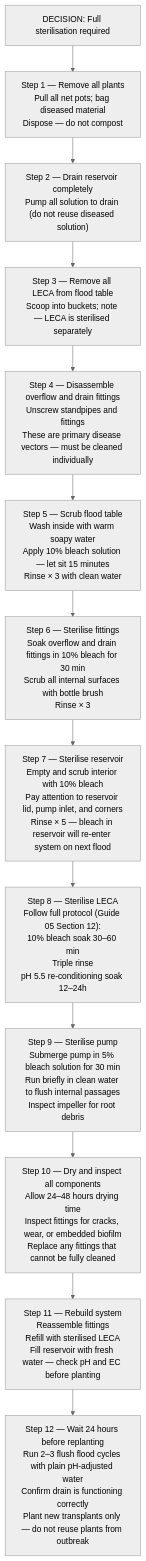
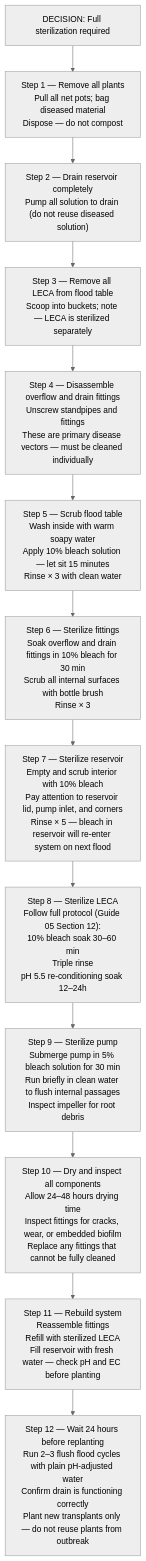
One commit to UncleJS/guide_hydroponics changed the second of 2 diagrams in guide/ebb-and-flow/07-pests-and-disease.md. Above: the diagram before and after it, drawn with Mermaid (neutral theme). The commit also changed other lines of this file and 35 other files, not shown here.

````diff
--- a/guide/ebb-and-flow/07-pests-and-disease.md
+++ b/guide/ebb-and-flow/07-pests-and-disease.md
@@ -808,18 +814,18 @@
 ```mermaid
 flowchart TD
-    A["DECISION: Full sterilisation required"]
+    A["DECISION: Full sterilization required"]
     B["Step 1 — Remove all plants<br/>Pull all net pots; bag diseased material<br/>Dispose — do not compost"]
     C["Step 2 — Drain reservoir completely<br/>Pump all solution to drain (do not reuse diseased solution)"]
-    D["Step 3 — Remove all LECA from flood table<br/>Scoop into buckets; note — LECA is sterilised separately"]
+    D["Step 3 — Remove all LECA from flood table<br/>Scoop into buckets; note — LECA is sterilized separately"]
     E["Step 4 — Disassemble overflow and drain fittings<br/>Unscrew standpipes and fittings<br/>These are primary disease vectors — must be cleaned individually"]
     F["Step 5 — Scrub flood table<br/>Wash inside with warm soapy water<br/>Apply 10% bleach solution — let sit 15 minutes<br/>Rinse × 3 with clean water"]
-    G["Step 6 — Sterilise fittings<br/>Soak overflow and drain fittings in 10% bleach for 30 min<br/>Scrub all internal surfaces with bottle brush<br/>Rinse × 3"]
-    H["Step 7 — Sterilise reservoir<br/>Empty and scrub interior with 10% bleach<br/>Pay attention to reservoir lid, pump inlet, and corners<br/>Rinse × 5 — bleach in reservoir will re-enter system on next flood"]
-    I["Step 8 — Sterilise LECA<br/>Follow full protocol (Guide 05 Section 12):<br/>10% bleach soak 30–60 min<br/>Triple rinse<br/>pH 5.5 re-conditioning soak 12–24h"]
-    J["Step 9 — Sterilise pump<br/>Submerge pump in 5% bleach solution for 30 min<br/>Run briefly in clean water to flush internal passages<br/>Inspect impeller for root debris"]
+    G["Step 6 — Sterilize fittings<br/>Soak overflow and drain fittings in 10% bleach for 30 min<br/>Scrub all internal surfaces with bottle brush<br/>Rinse × 3"]
+    H["Step 7 — Sterilize reservoir<br/>Empty and scrub interior with 10% bleach<br/>Pay attention to reservoir lid, pump inlet, and corners<br/>Rinse × 5 — bleach in reservoir will re-enter system on next flood"]
+    I["Step 8 — Sterilize LECA<br/>Follow full protocol (Guide 05 Section 12):<br/>10% bleach soak 30–60 min<br/>Triple rinse<br/>pH 5.5 re-conditioning soak 12–24h"]
+    J["Step 9 — Sterilize pump<br/>Submerge pump in 5% bleach solution for 30 min<br/>Run briefly in clean water to flush internal passages<br/>Inspect impeller for root debris"]
     K["Step 10 — Dry and inspect all components<br/>Allow 24–48 hours drying time<br/>Inspect fittings for cracks, wear, or embedded biofilm<br/>Replace any fittings that cannot be fully cleaned"]
-    L["Step 11 — Rebuild system<br/>Reassemble fittings<br/>Refill with sterilised LECA<br/>Fill reservoir with fresh water — check pH and EC before planting"]
+    L["Step 11 — Rebuild system<br/>Reassemble fittings<br/>Refill with sterilized LECA<br/>Fill reservoir with fresh water — check pH and EC before planting"]
     M["Step 12 — Wait 24 hours before replanting<br/>Run 2–3 flush flood cycles with plain pH-adjusted water<br/>Confirm drain is functioning correctly<br/>Plant new transplants only — do not reuse plants from outbreak"]
 
     A --> B --> C --> D --> E --> F --> G --> H --> I --> J --> K --> L --> M
 ```
````
